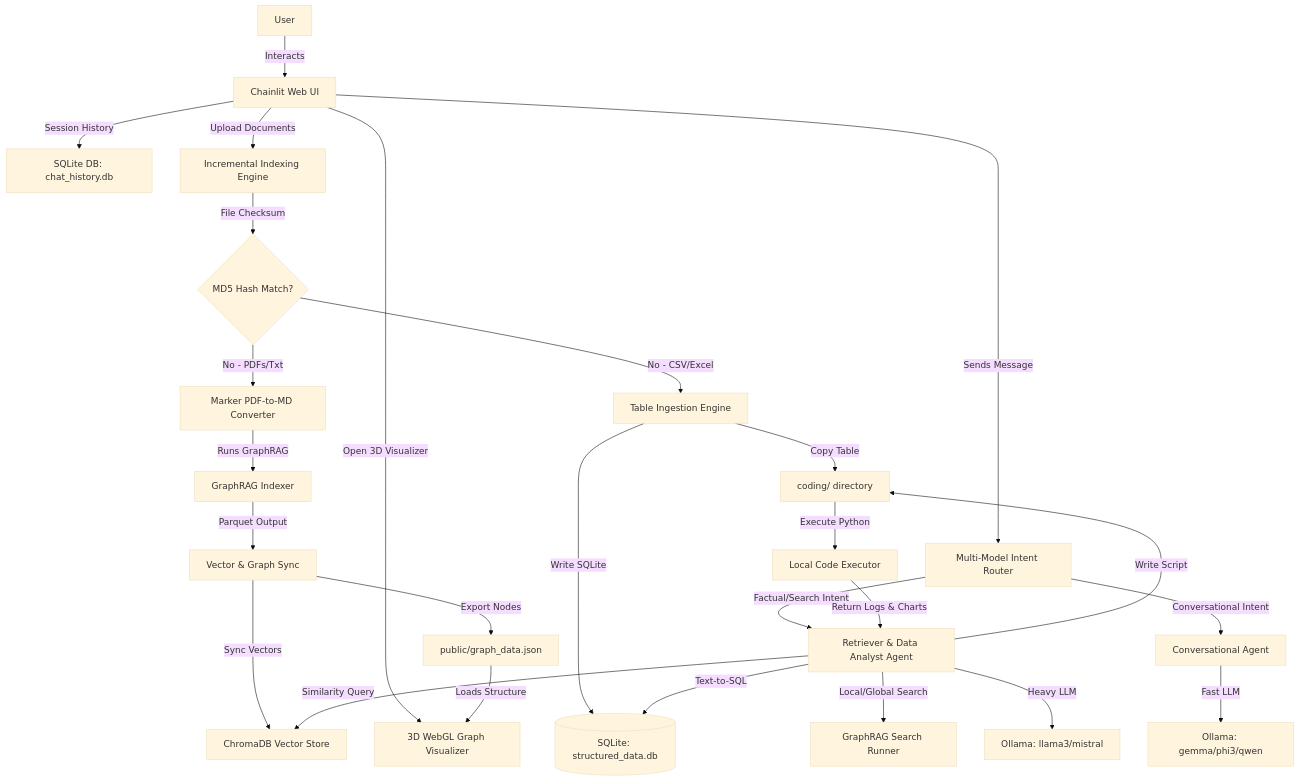
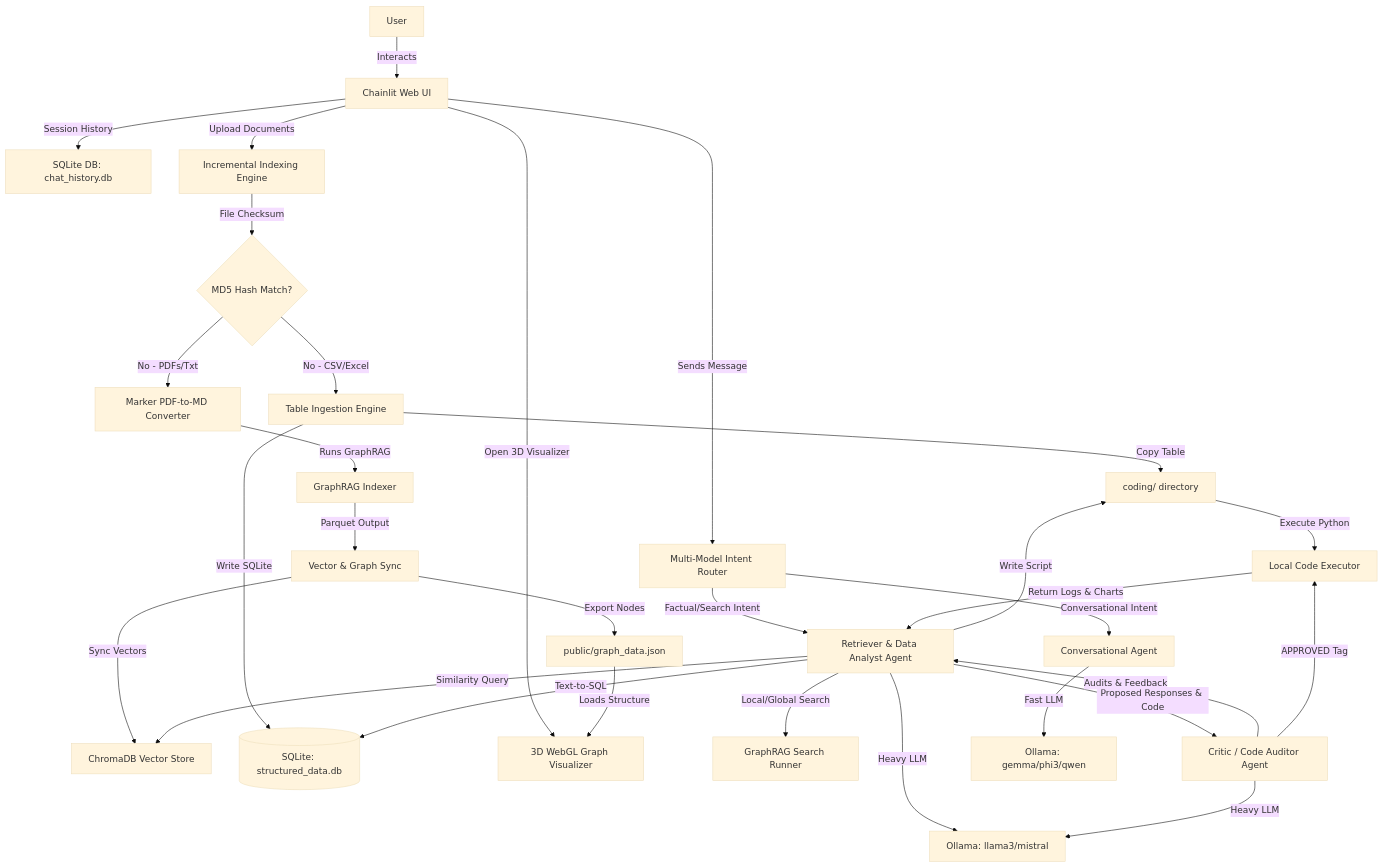
One commit to Sh1vaay/OllaGraph-Agents changed the first of 3 diagrams in README.md. Above: the diagram before and after it, drawn with Mermaid (base theme). The commit also changed other lines of this file and 1 other file, not shown here.

Commit message:
feat: implement Maker-Checker agent loop with a new Critic agent for auditing code and analytical responses.

````diff
--- a/README.md
+++ b/README.md
@@ -30,34 +31,39 @@
 ```mermaid
 graph TD
     User[User] -->|Interacts| UI[Chainlit Web UI]
     UI -->|Session History| DB[SQLite DB: chat_history.db]
     UI -->|Upload Documents| Index[Incremental Indexing Engine]
     
     Index -->|File Checksum| HashCheck{MD5 Hash Match?}
     HashCheck -->|No - PDFs/Txt| Marker[Marker PDF-to-MD Converter]
     Marker -->|Runs GraphRAG| GraphRAG[GraphRAG Indexer]
     GraphRAG -->|Parquet Output| Sync[Vector & Graph Sync]
     Sync -->|Sync Vectors| Chroma[ChromaDB Vector Store]
     Sync -->|Export Nodes| GraphJSON[public/graph_data.json]
     
     HashCheck -->|No - CSV/Excel| Ingest[Table Ingestion Engine]
     Ingest -->|Write SQLite| TableDB[(SQLite: structured_data.db)]
     Ingest -->|Copy Table| Sandbox[coding/ directory]
     
     UI -->|Open 3D Visualizer| WebGL[3D WebGL Graph Visualizer]
     GraphJSON -->|Loads Structure| WebGL
     
     UI -->|Sends Message| Router[Multi-Model Intent Router]
     Router -->|Conversational Intent| Chatter[Conversational Agent]
     Router -->|Factual/Search Intent| Retriever[Retriever & Data Analyst Agent]
     
     Retriever -->|Similarity Query| Chroma
     Retriever -->|Local/Global Search| GraphRAGSearch[GraphRAG Search Runner]
     Retriever -->|Text-to-SQL| TableDB
     Retriever -->|Write Script| Sandbox
     Sandbox -->|Execute Python| Executor[Local Code Executor]
     Executor -->|Return Logs & Charts| Retriever
     
+    Retriever -->|Proposed Responses & Code| Critic[Critic / Code Auditor Agent]
+    Critic -->|Audits & Feedback| Retriever
+    Critic -->|APPROVED Tag| Executor
+    
     Chatter -->|Fast LLM| OllamaChat[Ollama: gemma/phi3/qwen]
     Retriever -->|Heavy LLM| OllamaReason[Ollama: llama3/mistral]
+    Critic -->|Heavy LLM| OllamaReason
 ```
````
